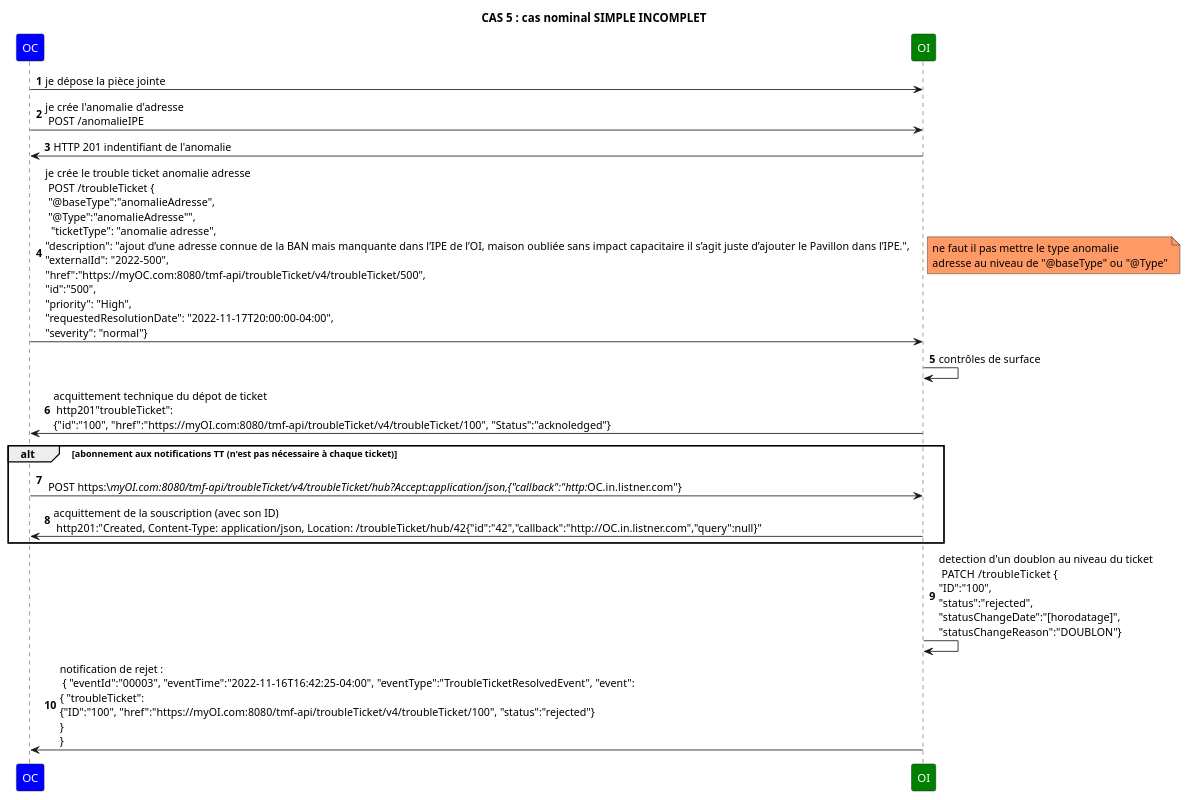
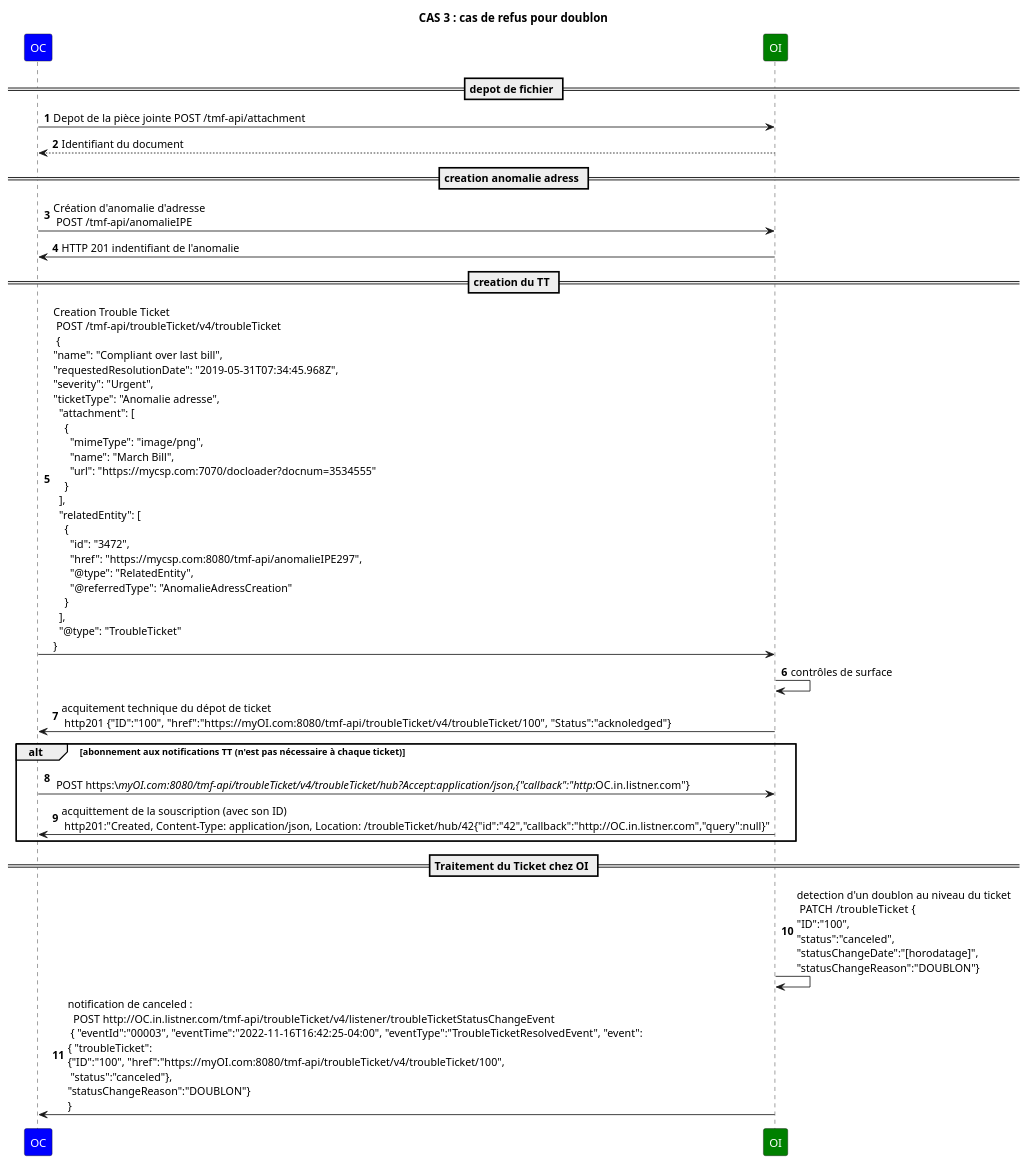
One commit to before-interop/anomalieAdresse changed the diagram in sequence/cas3 nominal.puml. Above: the diagram before and after it, drawn with PlantUML. The commit also changed 6 other files, not shown here.

Commit message:
ajout diagrammes de séquence pour les cas 1 à 8

```diff
--- a/sequence/cas3 nominal.puml
+++ b/sequence/cas3 nominal.puml
@@ -1,36 +1,37 @@
 @startuml
 
 skinparam ParticipantFontColor automatic
 
-title: CAS 5 : cas nominal SIMPLE INCOMPLET
+title: CAS 3 : cas de refus pour doublon
 
 autonumber
 
 participant OC #Blue
 participant OI #Green
 
-OC->OI: je dépose la pièce jointe
-OC->OI: je crée l'anomalie d'adresse \n POST /anomalieIPE
+== depot de fichier ==
+OC->OI: Depot de la pièce jointe POST /tmf-api/attachment
+OI --> OC: Identifiant du document
+== creation anomalie adress ==
+OC->OI: Création d'anomalie d'adresse \n POST /tmf-api/anomalieIPE
 OI->OC: HTTP 201 indentifiant de l'anomalie
-OC->OI: je crée le trouble ticket anomalie adresse \n POST /troubleTicket {\n "@baseType":"anomalieAdresse", \n "@Type":"anomalieAdresse"", \n  "ticketType": "anomalie adresse",\n"description": "ajout d’une adresse connue de la BAN mais manquante dans l’IPE de l’OI, maison oubliée sans impact capacitaire il s’agit juste d’ajouter le Pavillon dans l’IPE.",\n"externalId": "2022-500",\n"href":"https://myOC.com:8080/tmf-api/troubleTicket/v4/troubleTicket/500",\n"id":"500",\n"priority": "High",\n"requestedResolutionDate": "2022-11-17T20:00:00-04:00",\n"severity": "normal"}
-
-note right 	#ff9966
-  ne faut il pas mettre le type anomalie
-  adresse au niveau de "@baseType" ou "@Type"
-endnote
+== creation du TT ==
+OC->OI: Creation Trouble Ticket \n POST /tmf-api/troubleTicket/v4/troubleTicket \n {\n"name": "Compliant over last bill",\n"requestedResolutionDate": "2019-05-31T07:34:45.968Z",\n"severity": "Urgent",\n"ticketType": "Anomalie adresse",\n  "attachment": [\n    {\n      "mimeType": "image/png",\n      "name": "March Bill",\n      "url": "https://mycsp.com:7070/docloader?docnum=3534555"\n    }\n  ],\n  "relatedEntity": [\n    {\n      "id": "3472",\n      "href": "https://mycsp.com:8080/tmf-api/anomalieIPE297",\n      "@type": "RelatedEntity",\n      "@referredType": "AnomalieAdressCreation"\n    }\n  ],\n  "@type": "TroubleTicket"\n}
 
 OI->OI: contrôles de surface
 
-OI->OC: acquittement technique du dépot de ticket \n http201"troubleTicket": \n{"id":"100", "href":"https://myOI.com:8080/tmf-api/troubleTicket/v4/troubleTicket/100", "Status":"acknoledged"}
+OI->OC: acquitement technique du dépot de ticket \n http201   {"ID":"100", "href":"https://myOI.com:8080/tmf-api/troubleTicket/v4/troubleTicket/100", "Status":"acknoledged"}
+
 alt abonnement aux notifications TT (n'est pas nécessaire à chaque ticket)
 OC->OI:  \n POST https:\//myOI.com:8080/tmf-api/troubleTicket/v4/troubleTicket/hub?Accept:application/json,{"callback":"http://OC.in.listner.com"}
 OI->OC: acquittement de la souscription (avec son ID) \n http201:"Created, Content-Type: application/json, Location: /troubleTicket/hub/42{"id":"42","callback":"http://OC.in.listner.com","query":null}"
 
 end
+== Traitement du Ticket chez OI ==
 
-OI->OI: detection d'un doublon au niveau du ticket \n PATCH  /troubleTicket {\n"ID":"100",\n"status":"rejected",\n"statusChangeDate":"[horodatage]",\n"statusChangeReason":"DOUBLON"}
+OI->OI: detection d'un doublon au niveau du ticket \n PATCH  /troubleTicket {\n"ID":"100",\n"status":"canceled",\n"statusChangeDate":"[horodatage]",\n"statusChangeReason":"DOUBLON"}
 
-OI->OC: notification de rejet : \n { "eventId":"00003", "eventTime":"2022-11-16T16:42:25-04:00", "eventType":"TroubleTicketResolvedEvent", "event": \n{ "troubleTicket": \n{"ID":"100", "href":"https://myOI.com:8080/tmf-api/troubleTicket/v4/troubleTicket/100", "status":"rejected"}\n} \n}
+OI->OC: notification de canceled : \n  POST http://OC.in.listner.com/tmf-api/troubleTicket/v4/listener/troubleTicketStatusChangeEvent \n { "eventId":"00003", "eventTime":"2022-11-16T16:42:25-04:00", "eventType":"TroubleTicketResolvedEvent", "event": \n{ "troubleTicket": \n{"ID":"100", "href":"https://myOI.com:8080/tmf-api/troubleTicket/v4/troubleTicket/100",\n "status":"canceled"},\n"statusChangeReason":"DOUBLON"} \n}
 
 
 @enduml
```
